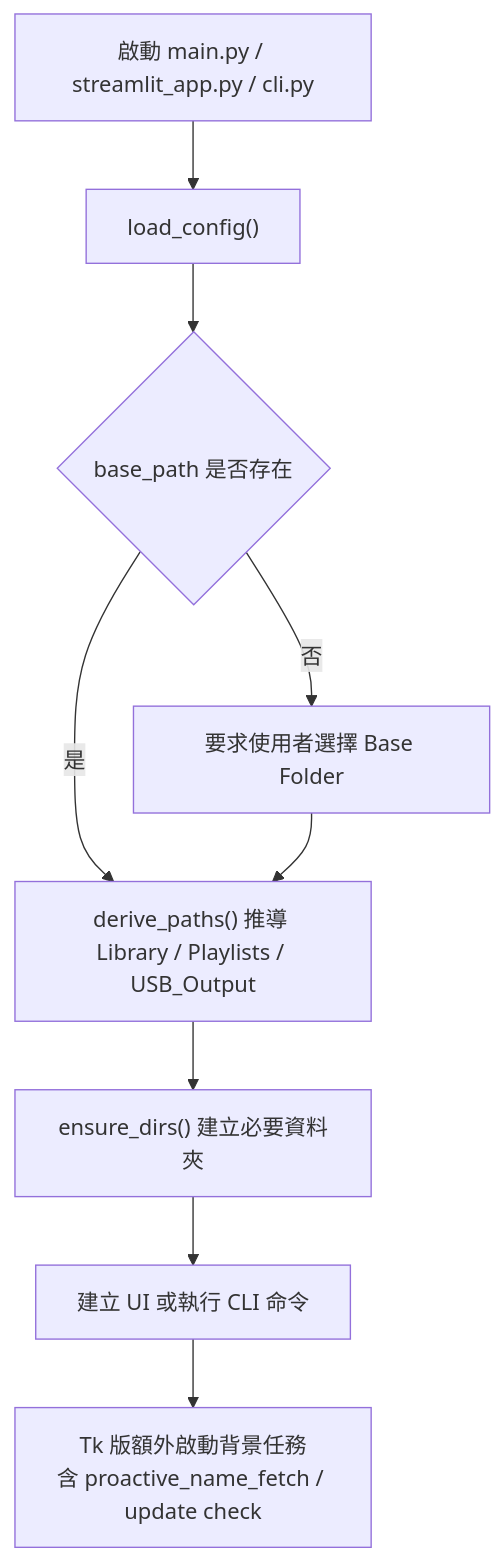
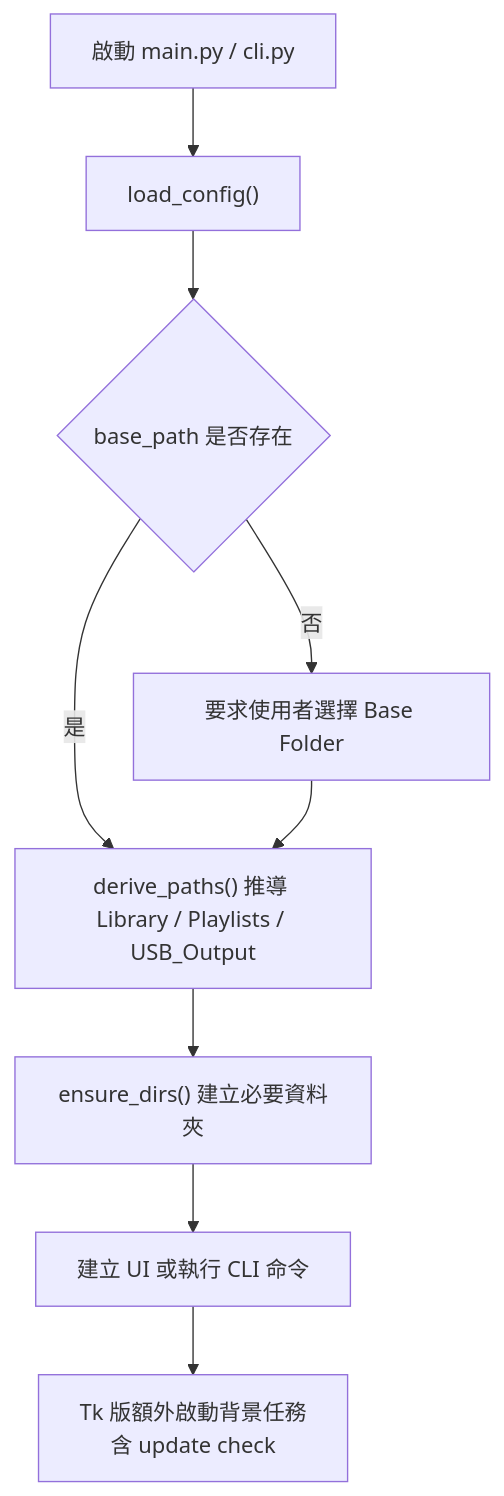
Before and after one commit to thumb2086/Playlist_Administrator: the first of 4 diagrams in Docs_ZH/architecture.md, drawn with Mermaid. The commit also changed other lines of this file and 10 other files, not shown here.

````diff
--- a/Docs_ZH/architecture.md
+++ b/Docs_ZH/architecture.md
@@ -75,11 +71,11 @@
 ```mermaid
 flowchart TD
-    A["啟動 main.py / streamlit_app.py / cli.py"] --> B["load_config()"]
+    A["啟動 main.py / cli.py"] --> B["load_config()"]
     B --> C{"base_path 是否存在"}
     C -- 否 --> D["要求使用者選擇 Base Folder"]
     C -- 是 --> E["derive_paths() 推導 Library / Playlists / USB_Output"]
     D --> E
     E --> F["ensure_dirs() 建立必要資料夾"]
     F --> G["建立 UI 或執行 CLI 命令"]
-    G --> H["Tk 版額外啟動背景任務<br/>含 proactive_name_fetch / update check"]
+    G --> H["Tk 版額外啟動背景任務<br/>含 update check"]
 ```
````
